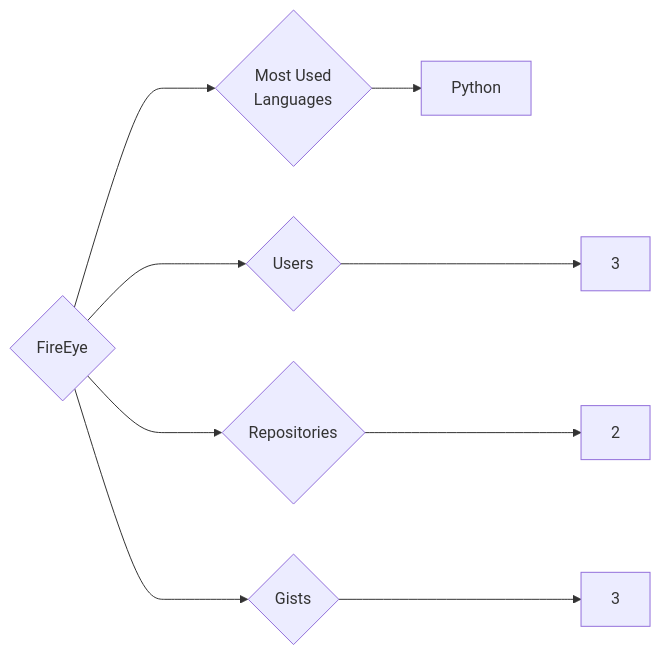
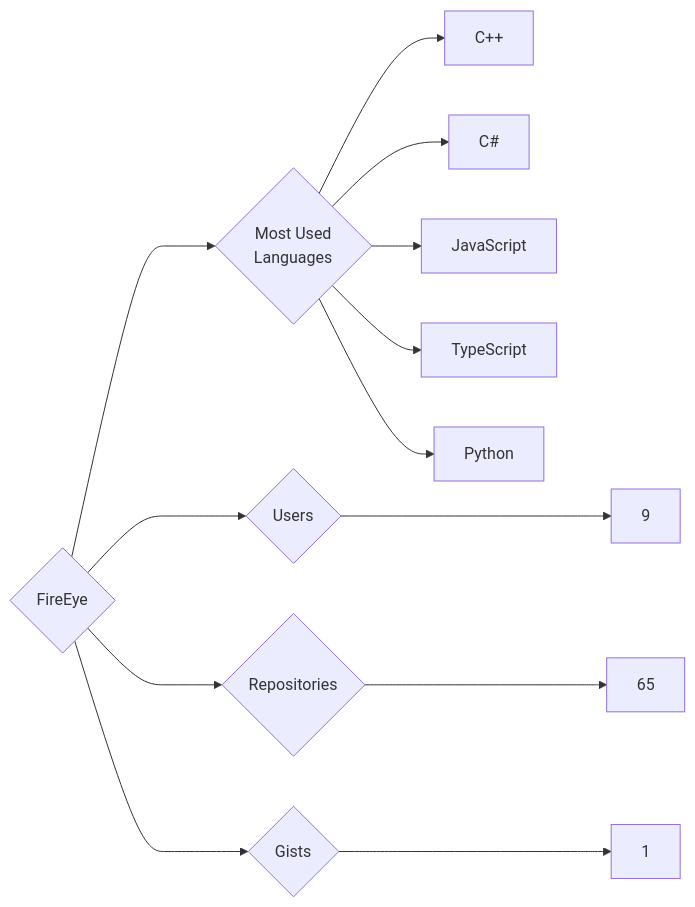
One commit to trickest/insiders changed the diagram in targets/FireEye/README.md. Above: the diagram before and after it, drawn with Mermaid. The commit also changed 1023 other files, not shown here.

````diff
--- a/targets/FireEye/README.md
+++ b/targets/FireEye/README.md
@@ -3,9 +3,13 @@
 ```mermaid
 graph LR
 COMPANY_NAME{FireEye}
-COMPANY_NAME ---> U{Users} ---> UN[3]
-COMPANY_NAME ---> R{Repositories} ---> RN[2]
-COMPANY_NAME ---> G{Gists} ---> GN[3]
+COMPANY_NAME ---> U{Users} ---> UN[9]
+COMPANY_NAME ---> R{Repositories} ---> RN[65]
+COMPANY_NAME ---> G{Gists} ---> GN[1]
 COMPANY_NAME ---> ML{Most Used<br>Languages}
+ML --> C++[C++]
+ML --> C#[C#]
+ML --> JavaScript[JavaScript]
+ML --> TypeScript[TypeScript]
 ML --> Python[Python]
 ```
````
